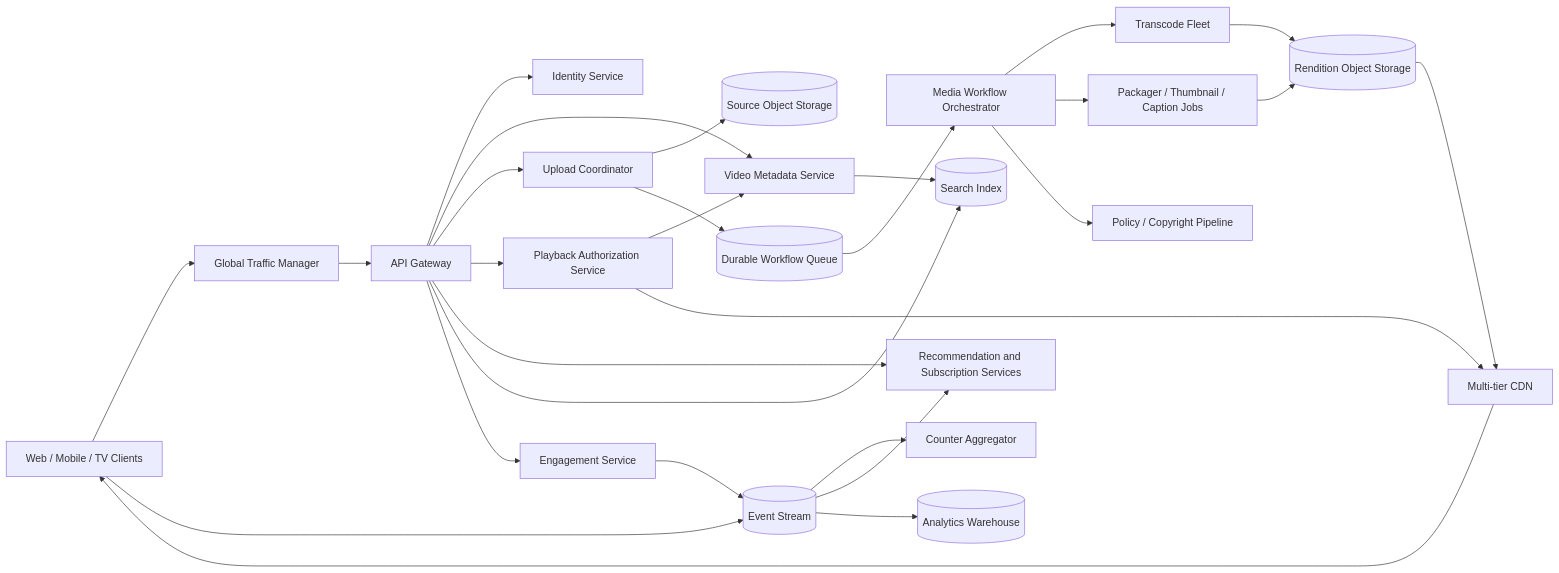
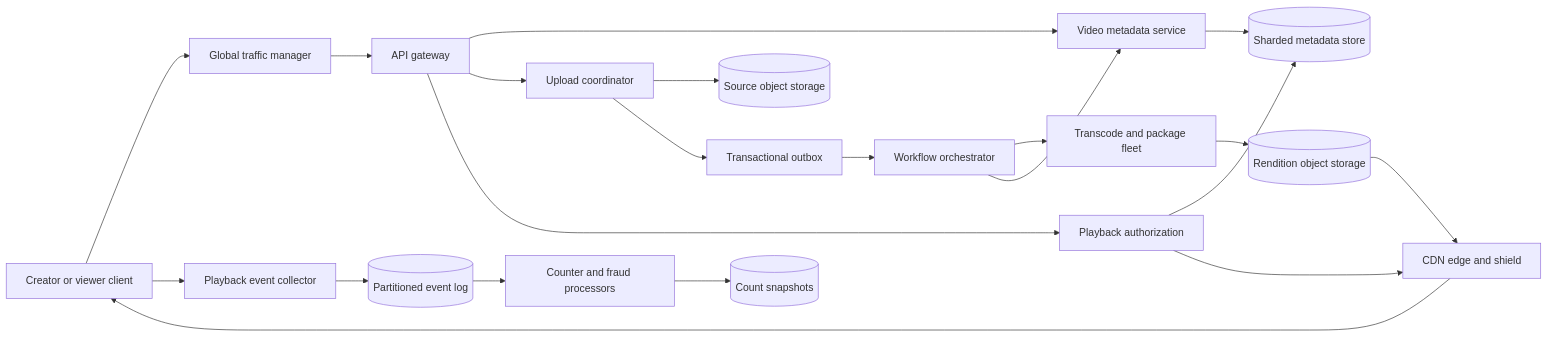
Before and after one commit to Pranshu258/system-design: the second of 5 diagrams in youtube-system-design.md, drawn with Mermaid. The commit also changed other lines of this file and 23 other files, not shown here.

````diff
--- a/youtube-system-design.md
+++ b/youtube-system-design.md
@@ -45,51 +178,23 @@
 ```mermaid
 flowchart LR
-    C[Web / Mobile / TV Clients]
-    EDGE[Global Traffic Manager]
-    API[API Gateway]
-    AUTH[Identity Service]
-    META[Video Metadata Service]
-    UP[Upload Coordinator]
-    OBJ[(Source Object Storage)]
-    Q[(Durable Workflow Queue)]
-    ORCH[Media Workflow Orchestrator]
-    TRANS[Transcode Fleet]
-    PACK[Packager / Thumbnail / Caption Jobs]
-    MEDIA[(Rendition Object Storage)]
-    CDN[Multi-tier CDN]
-    PLAY[Playback Authorization Service]
-    FEED[Recommendation and Subscription Services]
-    SEARCH[(Search Index)]
-    ENG[Engagement Service]
-    EVENT[(Event Stream)]
-    COUNT[Counter Aggregator]
-    SAFE[Policy / Copyright Pipeline]
-    ANALYTICS[(Analytics Warehouse)]
-
-    C --> EDGE
-    EDGE --> API
-    API --> AUTH
-    API --> META
-    API --> UP
-    API --> PLAY
-    API --> FEED
-    API --> SEARCH
-    API --> ENG
-    UP --> OBJ
-    UP --> Q
-    Q --> ORCH
-    ORCH --> TRANS
-    ORCH --> PACK
-    TRANS --> MEDIA
-    PACK --> MEDIA
-    ORCH --> SAFE
-    PLAY --> META
-    PLAY --> CDN
-    MEDIA --> CDN --> C
-    C --> EVENT
-    ENG --> EVENT
-    EVENT --> COUNT
-    EVENT --> FEED
-    EVENT --> ANALYTICS
-    META --> SEARCH
+    C["Creator or viewer client"] --> GTM["Global traffic manager"]
+    GTM --> API["API gateway"]
+    API --> META["Video metadata service"]
+    META --> VDB[("Sharded metadata store")]
+    API --> UP["Upload coordinator"]
+    UP --> SRC[("Source object storage")]
+    UP --> OUT["Transactional outbox"]
+    OUT --> WF["Workflow orchestrator"]
+    WF --> TR["Transcode and package fleet"]
+    TR --> MED[("Rendition object storage")]
+    WF --> META
+    API --> PLAY["Playback authorization"]
+    PLAY --> VDB
+    PLAY --> CDN["CDN edge and shield"]
+    MED --> CDN
+    CDN --> C
+    C --> EV["Playback event collector"]
+    EV --> LOG[("Partitioned event log")]
+    LOG --> COUNT["Counter and fraud processors"]
+    COUNT --> SNAP[("Count snapshots")]
 ```
````
